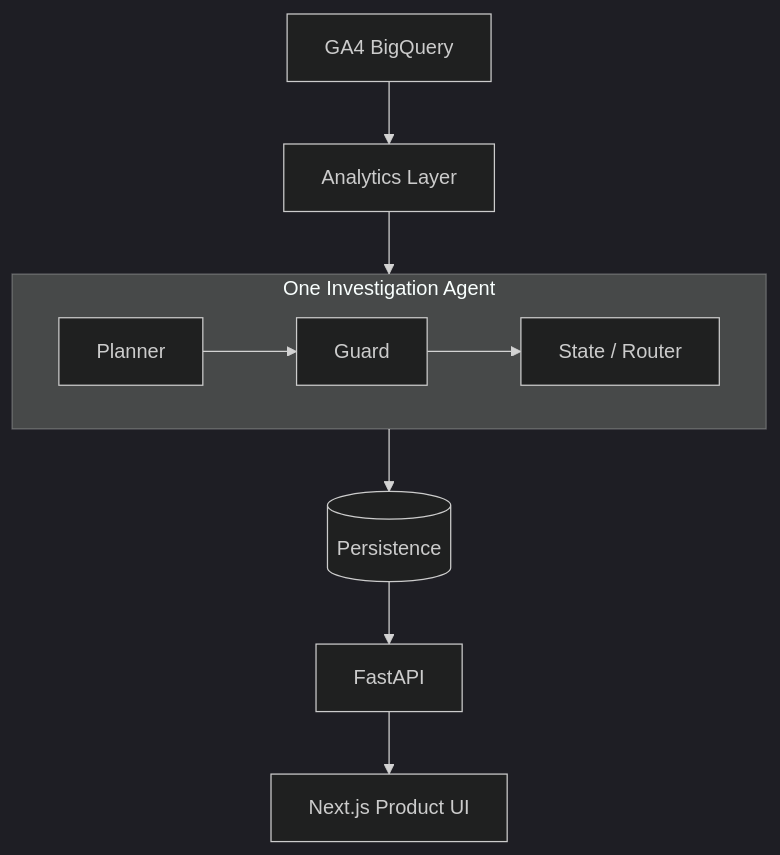
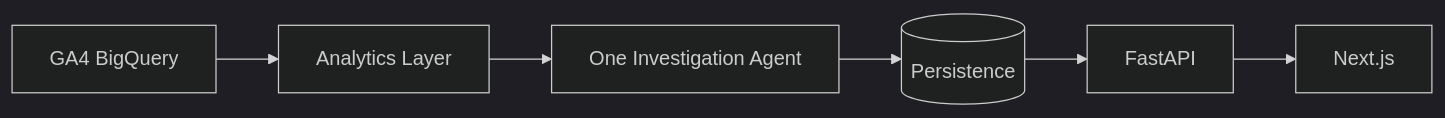
Before and after one commit to rui545699-lab/pulseops: the second of 2 diagrams in README.md, drawn with Mermaid (dark theme). The commit also changed other lines of this file and 1 other file, not shown here.

````diff
--- a/README.md
+++ b/README.md
@@ -181,15 +141,8 @@
 ```mermaid
-flowchart TD
+flowchart LR
     A[GA4 BigQuery] --> B[Analytics Layer]
-    B --> C
-
-    subgraph C[One Investigation Agent]
-        direction LR
-        P[Planner] --> G[Guard]
-        G --> S[State / Router]
-    end
-
+    B --> C[One Investigation Agent]
     C --> D[(Persistence)]
     D --> E[FastAPI]
-    E --> F[Next.js Product UI]
+    E --> F[Next.js]
 ```
````
